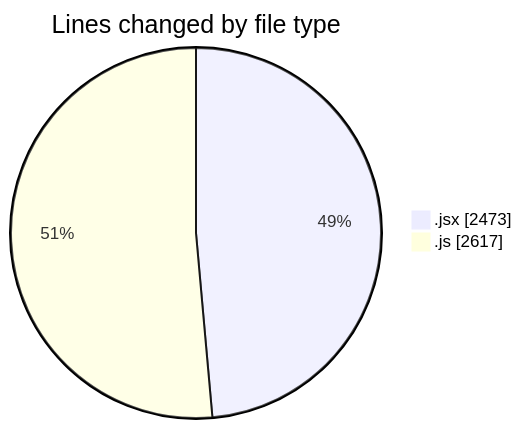
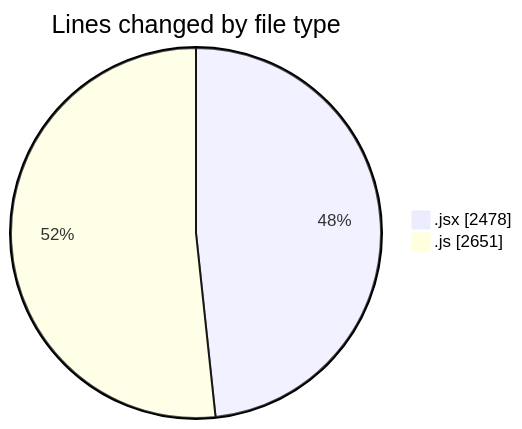
The first of 2 diagrams in 2025-07-30/nxtqube_webapp/README.md (nxtqubesakshisongat/code-tracking), drawn with Mermaid before and after one commit. The commit also changed other lines of this file and 1 other file, not shown here.

````diff
--- a/2025-07-30/nxtqube_webapp/README.md
+++ b/2025-07-30/nxtqube_webapp/README.md
@@ -30,6 +30,6 @@
 ```mermaid
 pie showData
 title Lines changed by file type
-".jsx" : 2473
-".js" : 2617
+".jsx" : 2478
+".js" : 2651
 ```
````
